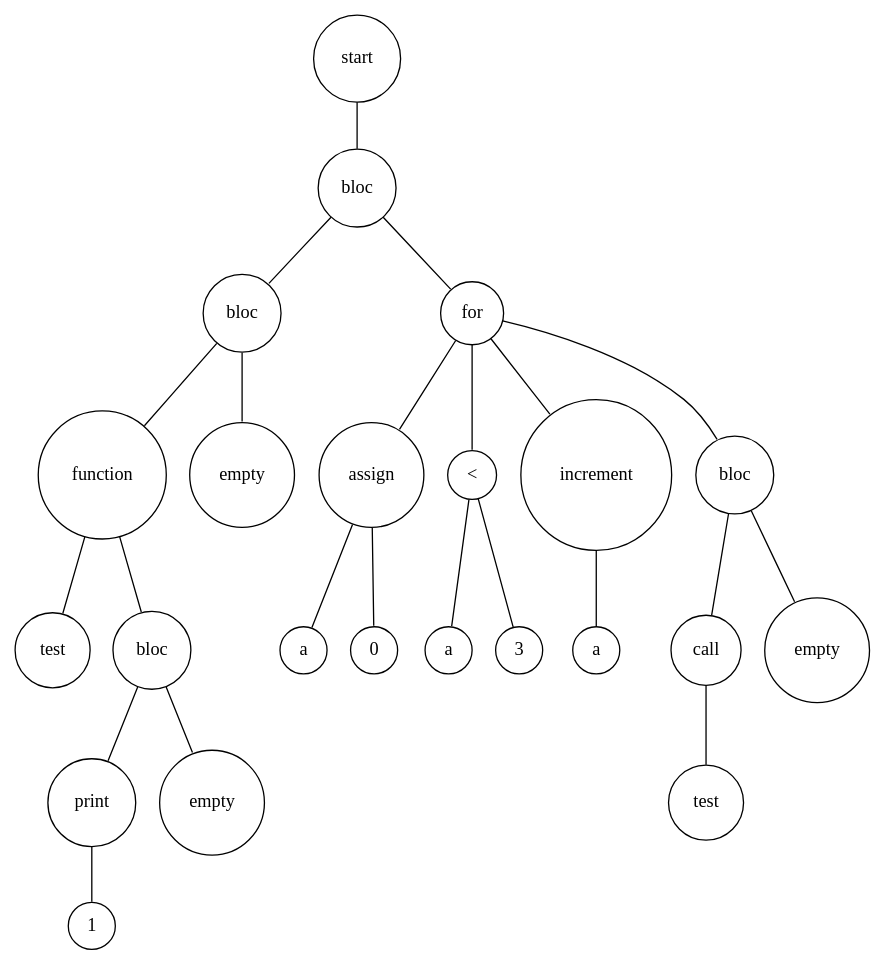
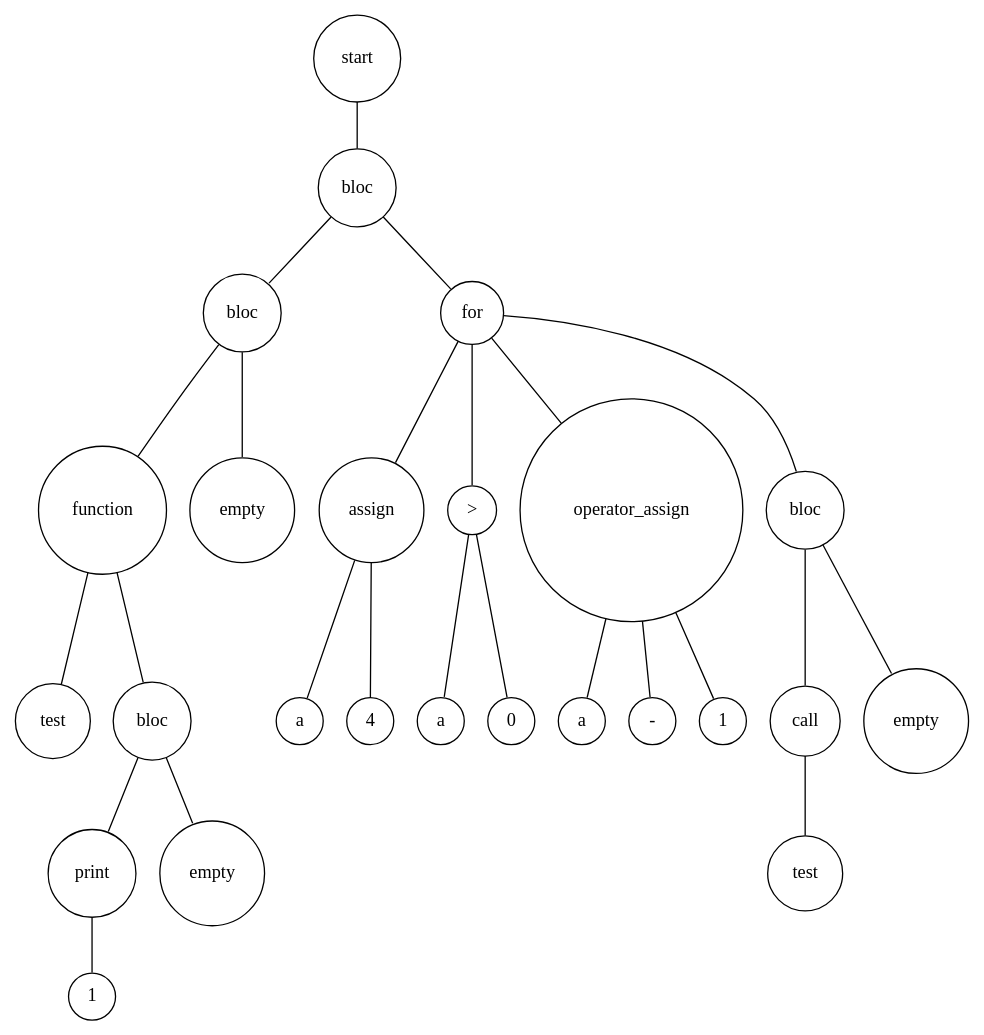
One commit to louisdrf/pyterpreter changed the diagram in Digraph.gv. Above: the diagram before and after it, drawn with Graphviz. The commit also changed 5 other files, not shown here.

```diff
--- a/Digraph.gv
+++ b/Digraph.gv
@@ -1,48 +1,52 @@
 digraph {
 	node [shape=circle]
-	"63b10372-0ed4-42b7-9884-22cd9c3e81ec" [label=start]
-	"8886436d-fe74-4bce-9b18-9087046d8ce4" [label=bloc]
-	"22b5a561-2661-42ba-9aa3-0d573c10ef88" [label=bloc]
-	"3ff90636-c3bc-4688-9f07-2e021a7fd765" [label=function]
-	"2a57b8ea-9681-4959-bb47-b227f1635eb8" [label=test]
-	"3ff90636-c3bc-4688-9f07-2e021a7fd765" -> "2a57b8ea-9681-4959-bb47-b227f1635eb8" [arrowsize=0]
-	"6f3c5c08-c92b-4bbc-9d8b-57101cf1767f" [label=bloc]
-	"2be1af3c-9ccd-4b89-a23e-9d6e2f7a8bb2" [label=print]
-	"2c78baf6-3f83-4ee8-af53-d2cd202930b7" [label=1]
-	"2be1af3c-9ccd-4b89-a23e-9d6e2f7a8bb2" -> "2c78baf6-3f83-4ee8-af53-d2cd202930b7" [arrowsize=0]
-	"6f3c5c08-c92b-4bbc-9d8b-57101cf1767f" -> "2be1af3c-9ccd-4b89-a23e-9d6e2f7a8bb2" [arrowsize=0]
-	"244720e4-2c67-47f5-b1c7-db1015d87a96" [label=empty]
-	"6f3c5c08-c92b-4bbc-9d8b-57101cf1767f" -> "244720e4-2c67-47f5-b1c7-db1015d87a96" [arrowsize=0]
-	"3ff90636-c3bc-4688-9f07-2e021a7fd765" -> "6f3c5c08-c92b-4bbc-9d8b-57101cf1767f" [arrowsize=0]
-	"22b5a561-2661-42ba-9aa3-0d573c10ef88" -> "3ff90636-c3bc-4688-9f07-2e021a7fd765" [arrowsize=0]
-	"b9a71ec4-8ed8-44e5-87b6-38ff2ae42382" [label=empty]
-	"22b5a561-2661-42ba-9aa3-0d573c10ef88" -> "b9a71ec4-8ed8-44e5-87b6-38ff2ae42382" [arrowsize=0]
-	"8886436d-fe74-4bce-9b18-9087046d8ce4" -> "22b5a561-2661-42ba-9aa3-0d573c10ef88" [arrowsize=0]
-	"05df566c-3fc1-46f2-a03d-997803da401b" [label=for]
-	"82277184-ad76-414e-bc57-ef44eeeb91d9" [label=assign]
-	"d6908004-588a-429d-ab8d-24982d2b343b" [label=a]
-	"82277184-ad76-414e-bc57-ef44eeeb91d9" -> "d6908004-588a-429d-ab8d-24982d2b343b" [arrowsize=0]
-	"52755b67-bdd9-4668-a9e5-7818ff41c08d" [label=0]
-	"82277184-ad76-414e-bc57-ef44eeeb91d9" -> "52755b67-bdd9-4668-a9e5-7818ff41c08d" [arrowsize=0]
-	"05df566c-3fc1-46f2-a03d-997803da401b" -> "82277184-ad76-414e-bc57-ef44eeeb91d9" [arrowsize=0]
-	"811bee64-c519-40c0-a1db-e58db687c0ee" [label="<"]
-	"4e048d6c-edc5-44fc-884f-b10cf8240cfb" [label=a]
-	"811bee64-c519-40c0-a1db-e58db687c0ee" -> "4e048d6c-edc5-44fc-884f-b10cf8240cfb" [arrowsize=0]
-	"4b0cba96-b19a-4b7b-aa3a-efe6118edcdc" [label=3]
-	"811bee64-c519-40c0-a1db-e58db687c0ee" -> "4b0cba96-b19a-4b7b-aa3a-efe6118edcdc" [arrowsize=0]
-	"05df566c-3fc1-46f2-a03d-997803da401b" -> "811bee64-c519-40c0-a1db-e58db687c0ee" [arrowsize=0]
-	"bc8831a0-3ae7-4125-81d4-9c564d785dff" [label=increment]
-	"0a50c2e2-374a-4291-9167-7cc924314dee" [label=a]
-	"bc8831a0-3ae7-4125-81d4-9c564d785dff" -> "0a50c2e2-374a-4291-9167-7cc924314dee" [arrowsize=0]
-	"05df566c-3fc1-46f2-a03d-997803da401b" -> "bc8831a0-3ae7-4125-81d4-9c564d785dff" [arrowsize=0]
-	"6fc57ef7-79dd-4fc0-b8ba-9b188e7b3b52" [label=bloc]
-	"a99257a2-edfd-4577-b3e3-1a7b7f2108da" [label=call]
-	"5e0b1274-f6e9-4d1f-8a44-588cfd8607b0" [label=test]
-	"a99257a2-edfd-4577-b3e3-1a7b7f2108da" -> "5e0b1274-f6e9-4d1f-8a44-588cfd8607b0" [arrowsize=0]
-	"6fc57ef7-79dd-4fc0-b8ba-9b188e7b3b52" -> "a99257a2-edfd-4577-b3e3-1a7b7f2108da" [arrowsize=0]
-	"6be19ddf-e94f-41cc-ad36-c91846958de7" [label=empty]
-	"6fc57ef7-79dd-4fc0-b8ba-9b188e7b3b52" -> "6be19ddf-e94f-41cc-ad36-c91846958de7" [arrowsize=0]
-	"05df566c-3fc1-46f2-a03d-997803da401b" -> "6fc57ef7-79dd-4fc0-b8ba-9b188e7b3b52" [arrowsize=0]
-	"8886436d-fe74-4bce-9b18-9087046d8ce4" -> "05df566c-3fc1-46f2-a03d-997803da401b" [arrowsize=0]
-	"63b10372-0ed4-42b7-9884-22cd9c3e81ec" -> "8886436d-fe74-4bce-9b18-9087046d8ce4" [arrowsize=0]
+	"73792dc8-b63f-423e-bf1f-11c3fc9f49cc" [label=start]
+	"2262a4ec-01c2-4c81-ad6b-e8247c3eba40" [label=bloc]
+	"034be1fc-00ea-4b0d-80f5-4ce3560e402c" [label=bloc]
+	"b562c87c-e36d-4aac-a7b6-6813b57d95ff" [label=function]
+	"c8120d4c-5f1a-43ac-8f7c-10230c0446d8" [label=test]
+	"b562c87c-e36d-4aac-a7b6-6813b57d95ff" -> "c8120d4c-5f1a-43ac-8f7c-10230c0446d8" [arrowsize=0]
+	"fb48ac23-c46b-4fe9-8ab6-febb1dc63073" [label=bloc]
+	"9b8b3ac1-5dbd-411c-a383-0cdf369588f1" [label=print]
+	"2a2f78aa-efb2-4877-a483-1df333ca1967" [label=1]
+	"9b8b3ac1-5dbd-411c-a383-0cdf369588f1" -> "2a2f78aa-efb2-4877-a483-1df333ca1967" [arrowsize=0]
+	"fb48ac23-c46b-4fe9-8ab6-febb1dc63073" -> "9b8b3ac1-5dbd-411c-a383-0cdf369588f1" [arrowsize=0]
+	"4c4f4c50-b099-44bf-9361-3bd5970e93eb" [label=empty]
+	"fb48ac23-c46b-4fe9-8ab6-febb1dc63073" -> "4c4f4c50-b099-44bf-9361-3bd5970e93eb" [arrowsize=0]
+	"b562c87c-e36d-4aac-a7b6-6813b57d95ff" -> "fb48ac23-c46b-4fe9-8ab6-febb1dc63073" [arrowsize=0]
+	"034be1fc-00ea-4b0d-80f5-4ce3560e402c" -> "b562c87c-e36d-4aac-a7b6-6813b57d95ff" [arrowsize=0]
+	"4eae31b6-7973-4f33-8105-25458a5b6d9c" [label=empty]
+	"034be1fc-00ea-4b0d-80f5-4ce3560e402c" -> "4eae31b6-7973-4f33-8105-25458a5b6d9c" [arrowsize=0]
+	"2262a4ec-01c2-4c81-ad6b-e8247c3eba40" -> "034be1fc-00ea-4b0d-80f5-4ce3560e402c" [arrowsize=0]
+	"b6a18407-5afb-4bc3-af6a-777f32befe51" [label=for]
+	"c5caa67d-89ee-4f3e-bbcb-ef2c40a92aa8" [label=assign]
+	"720365ae-4446-40b8-9baf-156647d010f8" [label=a]
+	"c5caa67d-89ee-4f3e-bbcb-ef2c40a92aa8" -> "720365ae-4446-40b8-9baf-156647d010f8" [arrowsize=0]
+	"7fc3b29e-8c80-4b33-8b8e-b32f2f1a8820" [label=4]
+	"c5caa67d-89ee-4f3e-bbcb-ef2c40a92aa8" -> "7fc3b29e-8c80-4b33-8b8e-b32f2f1a8820" [arrowsize=0]
+	"b6a18407-5afb-4bc3-af6a-777f32befe51" -> "c5caa67d-89ee-4f3e-bbcb-ef2c40a92aa8" [arrowsize=0]
+	"f0bbdc99-768f-42cb-bb89-7ac46d380ee2" [label=">"]
+	"fc02a68f-d5a3-41b0-a467-4f503ed94cd0" [label=a]
+	"f0bbdc99-768f-42cb-bb89-7ac46d380ee2" -> "fc02a68f-d5a3-41b0-a467-4f503ed94cd0" [arrowsize=0]
+	"ed86102f-6f69-4c4a-acda-bfa349d0fda2" [label=0]
+	"f0bbdc99-768f-42cb-bb89-7ac46d380ee2" -> "ed86102f-6f69-4c4a-acda-bfa349d0fda2" [arrowsize=0]
+	"b6a18407-5afb-4bc3-af6a-777f32befe51" -> "f0bbdc99-768f-42cb-bb89-7ac46d380ee2" [arrowsize=0]
+	"b9144a00-a23a-4e95-b4af-49a0da3816ac" [label=operator_assign]
+	"983f0e20-dc8d-49f8-839b-439c7852d3ef" [label=a]
+	"b9144a00-a23a-4e95-b4af-49a0da3816ac" -> "983f0e20-dc8d-49f8-839b-439c7852d3ef" [arrowsize=0]
+	"56ab214b-012b-4538-a19a-df519d011309" [label="-"]
+	"b9144a00-a23a-4e95-b4af-49a0da3816ac" -> "56ab214b-012b-4538-a19a-df519d011309" [arrowsize=0]
+	"7488b617-7da9-4819-91f7-cab3aee819c2" [label=1]
+	"b9144a00-a23a-4e95-b4af-49a0da3816ac" -> "7488b617-7da9-4819-91f7-cab3aee819c2" [arrowsize=0]
+	"b6a18407-5afb-4bc3-af6a-777f32befe51" -> "b9144a00-a23a-4e95-b4af-49a0da3816ac" [arrowsize=0]
+	"d445066a-6009-4560-9a5a-d94124b1409c" [label=bloc]
+	"cde1f264-4484-4593-b0e6-140781334127" [label=call]
+	"e84ecaec-9f47-4daf-b618-ce19118441a9" [label=test]
+	"cde1f264-4484-4593-b0e6-140781334127" -> "e84ecaec-9f47-4daf-b618-ce19118441a9" [arrowsize=0]
+	"d445066a-6009-4560-9a5a-d94124b1409c" -> "cde1f264-4484-4593-b0e6-140781334127" [arrowsize=0]
+	"e4385118-b8c8-4002-8458-9ac9927f4f72" [label=empty]
+	"d445066a-6009-4560-9a5a-d94124b1409c" -> "e4385118-b8c8-4002-8458-9ac9927f4f72" [arrowsize=0]
+	"b6a18407-5afb-4bc3-af6a-777f32befe51" -> "d445066a-6009-4560-9a5a-d94124b1409c" [arrowsize=0]
+	"2262a4ec-01c2-4c81-ad6b-e8247c3eba40" -> "b6a18407-5afb-4bc3-af6a-777f32befe51" [arrowsize=0]
+	"73792dc8-b63f-423e-bf1f-11c3fc9f49cc" -> "2262a4ec-01c2-4c81-ad6b-e8247c3eba40" [arrowsize=0]
 }
```
